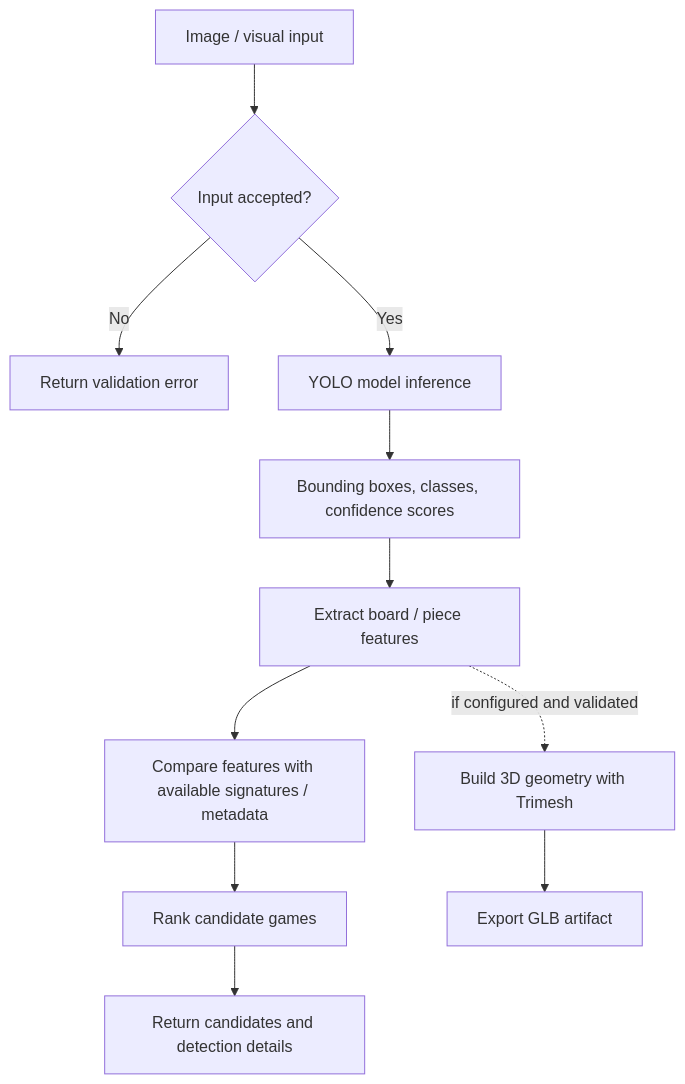
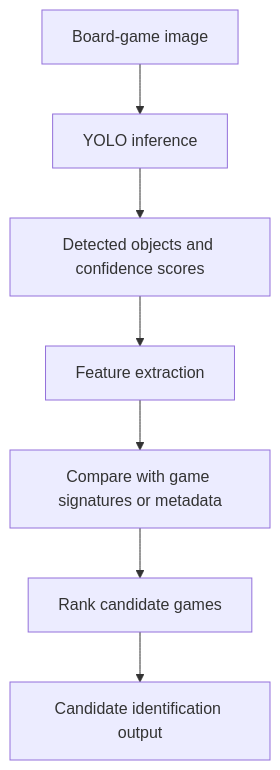
Before and after one commit to salma12814/ludii-game-intelligence: the second of 4 diagrams in README.md, drawn with Mermaid. The commit also changed other lines of this file, not shown here.

````diff
--- a/README.md
+++ b/README.md
@@ -190,13 +79,9 @@
 ```mermaid
 flowchart TD
-    A[Image / visual input] --> B{Input accepted?}
-    B -- No --> E[Return validation error]
-    B -- Yes --> C[YOLO model inference]
-    C --> D[Bounding boxes, classes, confidence scores]
-    D --> F[Extract board / piece features]
-    F --> G[Compare features with available signatures / metadata]
-    G --> H[Rank candidate games]
-    H --> I[Return candidates and detection details]
-    F -. if configured and validated .-> J[Build 3D geometry with Trimesh]
-    J --> K[Export GLB artifact]
+    I[Board-game image] --> Y[YOLO inference]
+    Y --> O[Detected objects and confidence scores]
+    O --> X[Feature extraction]
+    X --> M[Compare with game signatures or metadata]
+    M --> R[Rank candidate games]
+    R --> V[Candidate identification output]
 ```
````
